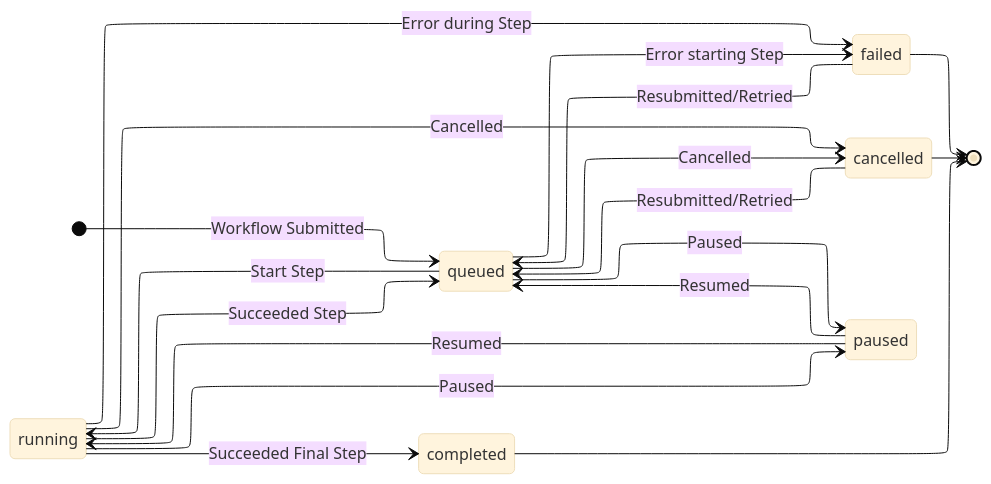
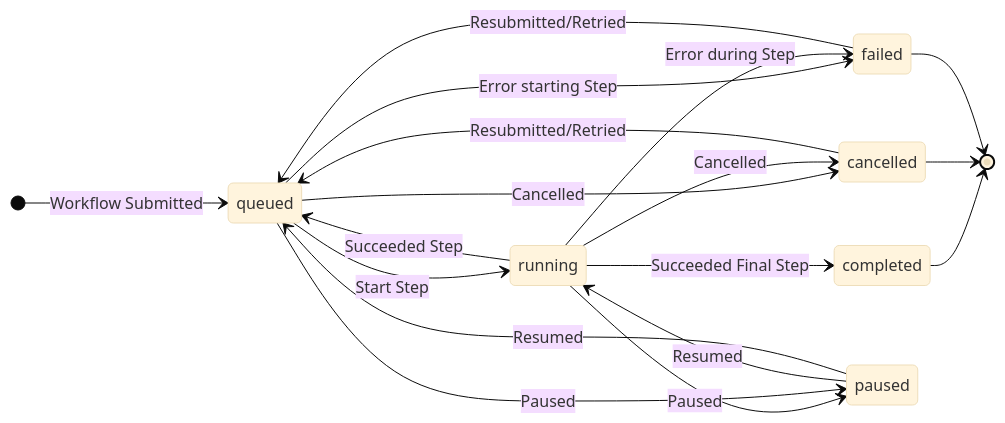
One commit to AD-SDL/MADSci changed the diagram in src/madsci_workcell_manager/README.md. Above: the diagram before and after it, drawn with Mermaid (base theme). The commit also changed other lines of this file and 38 other files, not shown here.

````diff
--- a/src/madsci_workcell_manager/README.md
+++ b/src/madsci_workcell_manager/README.md
@@ -39,32 +60,28 @@
 ```mermaid
----
-config:
-    layout: elk
----
 stateDiagram
   direction LR
   [*] --> Queued:Workflow Submitted
   Queued --> Running:Start Step
   Queued --> Failed:Error starting Step
   Queued --> Cancelled:Cancelled
   Running --> Cancelled:Cancelled
   Running --> Completed:Succeeded Final Step
   Running --> Failed:Error during Step
   Paused --> Running:Resumed
   Running --> Paused:Paused
   Running --> Queued:Succeeded Step
   Failed --> Queued:Resubmitted/Retried
   Cancelled --> Queued:Resubmitted/Retried
   Queued --> Paused:Paused
   Paused --> Queued:Resumed
   Completed --> [*]
   Cancelled --> [*]
   Failed --> [*]
 
   Queued:queued
   Running:running
   Failed:failed
   Cancelled:cancelled
   Completed:completed
   Paused:paused
 ```
````
